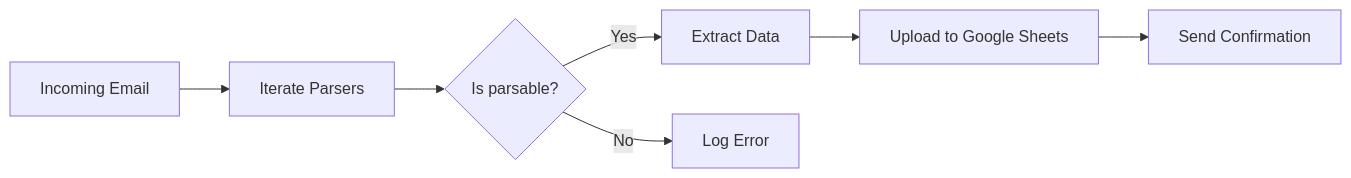
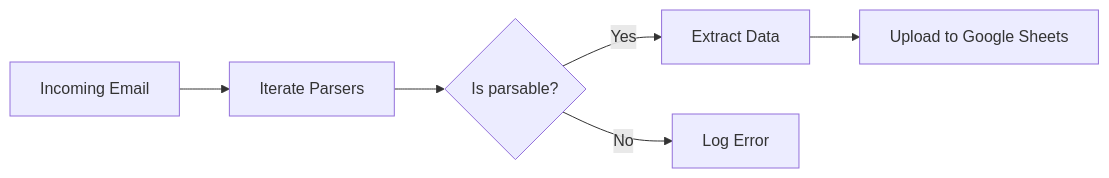
One commit to juandaherrera/finmail changed the diagram in README.md. Above: the diagram before and after it, drawn with Mermaid. The commit also changed 5 other files, not shown here.

````diff
--- a/README.md
+++ b/README.md
@@ -9,9 +9,8 @@
 ```mermaid
 graph LR;
     A[Incoming Email] --> B[Iterate Parsers];
     B --> C{Is parsable?};
     C -->|Yes| D[Extract Data];
     C -->|No| E[Log Error];
     D --> F[Upload to Google Sheets];
-    F --> G[Send Confirmation];
 ```
````
